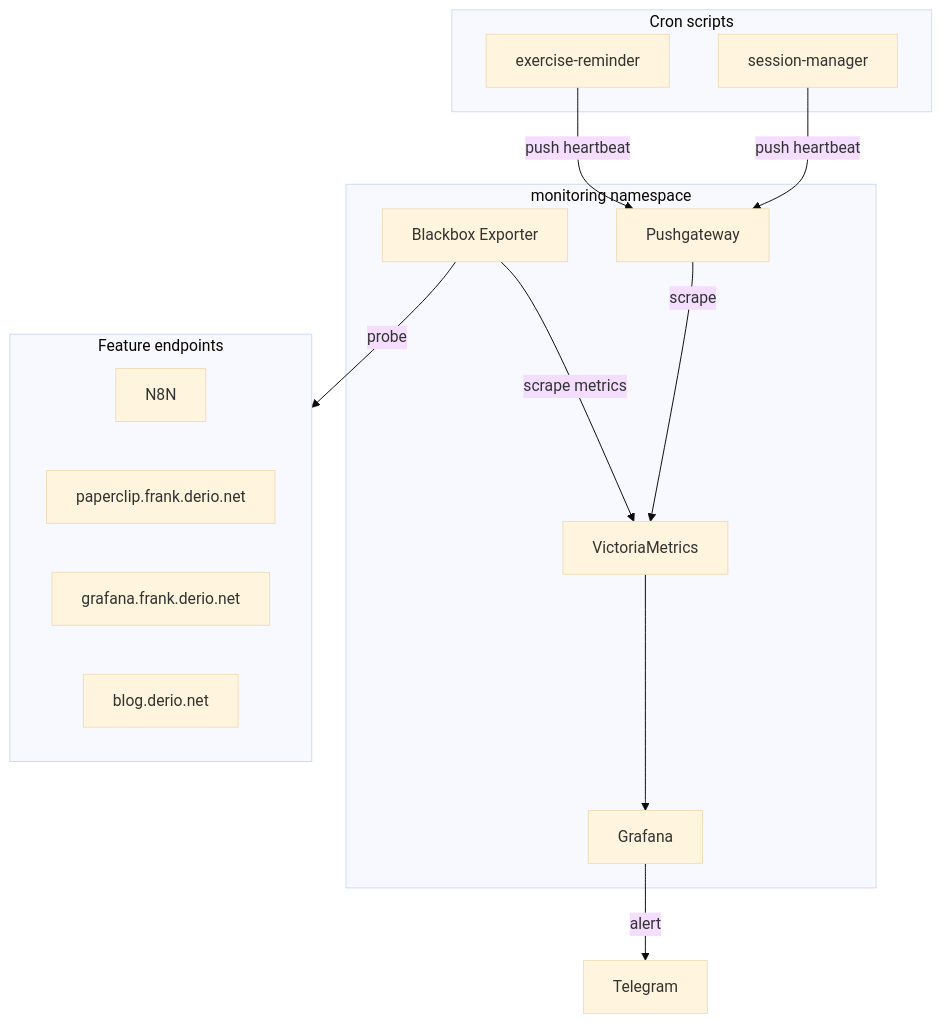
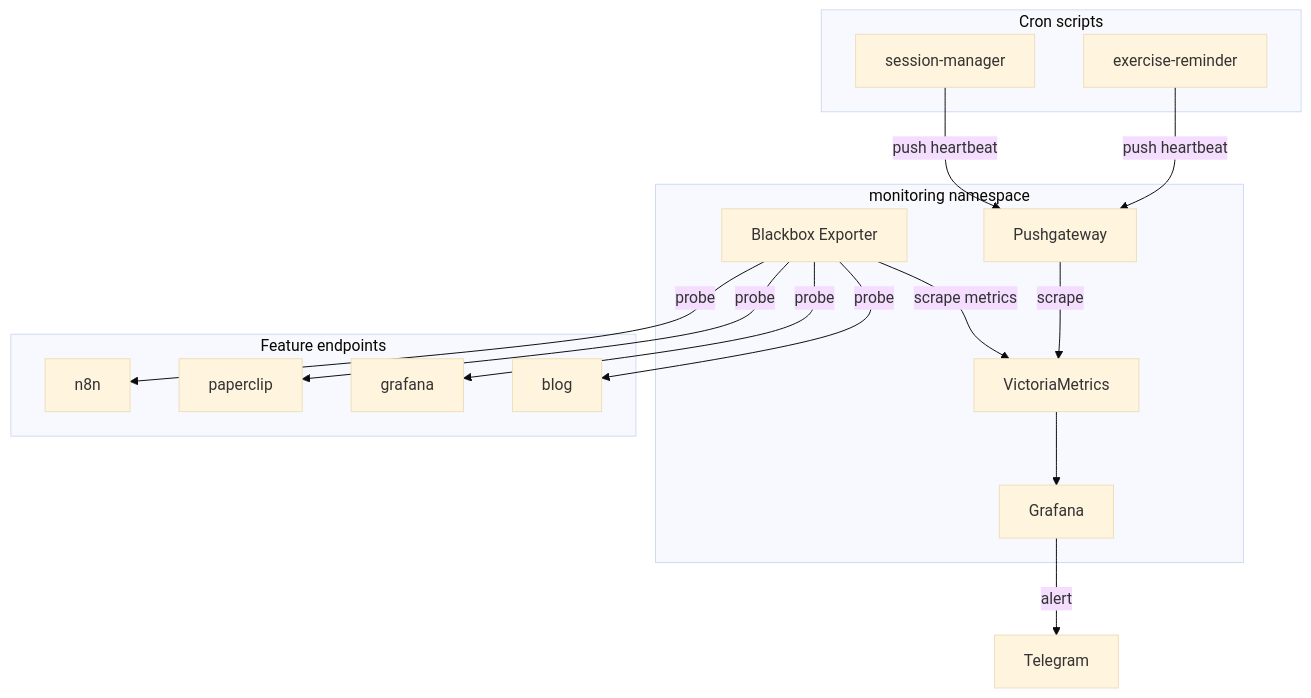
One commit to derio-net/frank changed the diagram in blog/content/docs/building/22-health-monitoring/index.md. Above: the diagram before and after it, drawn with Mermaid (base theme). The commit also changed other lines of this file and 52 other files, not shown here.

````diff
--- a/blog/content/docs/building/22-health-monitoring/index.md
+++ b/blog/content/docs/building/22-health-monitoring/index.md
@@ -28,26 +28,29 @@
 ```mermaid
 flowchart TD
   subgraph Monitoring[monitoring namespace]
     VM[VictoriaMetrics]
     BB[Blackbox Exporter]
     PW[Pushgateway]
     G[Grafana]
   end
   subgraph Crons[Cron scripts]
     SM[session-manager]
     ER[exercise-reminder]
   end
   subgraph Targets[Feature endpoints]
-    N8N
-    PF[paperclip.frank.derio.net]
-    GF[grafana.frank.derio.net]
-    BL[blog.derio.net]
+    N8N[n8n]
+    PF[paperclip]
+    GF[grafana]
+    BL[blog]
   end
   SM -->|push heartbeat| PW
   ER -->|push heartbeat| PW
   PW -->|scrape| VM
-  BB -->|probe| Targets
+  BB -->|probe| N8N
+  BB -->|probe| PF
+  BB -->|probe| GF
+  BB -->|probe| BL
   BB -->|scrape metrics| VM
   VM --> G
   G -->|alert| TG[Telegram]
 ```
````
